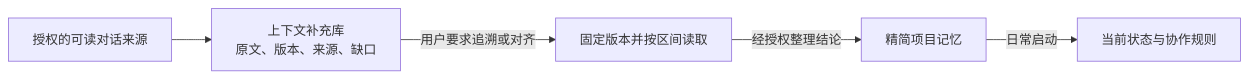
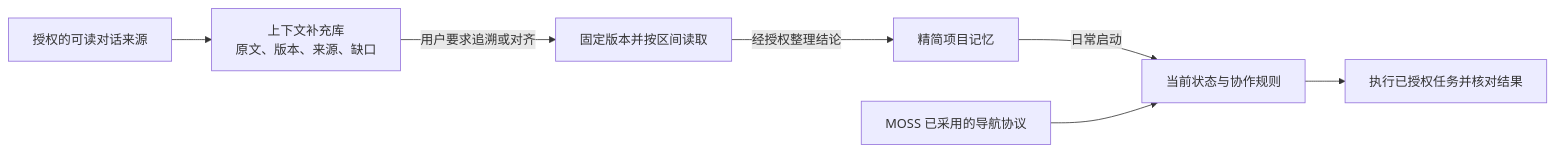
One commit to zhqi3/ai-memory-system changed the diagram in README.md. Above: the diagram before and after it, drawn with Mermaid. The commit also changed other lines of this file and 35 other files, not shown here.

````diff
--- a/README.md
+++ b/README.md
@@ -10,7 +13,9 @@
 ```mermaid
 flowchart LR
     A[授权的可读对话来源] --> B[上下文补充库\n原文、版本、来源、缺口]
     B -->|用户要求追溯或对齐| C[固定版本并按区间读取]
     C -->|经授权整理结论| D[精简项目记忆]
     D -->|日常启动| E[当前状态与协作规则]
+    F[MOSS 已采用的导航协议] --> E
+    E --> G[执行已授权任务并核对结果]
 ```
````
